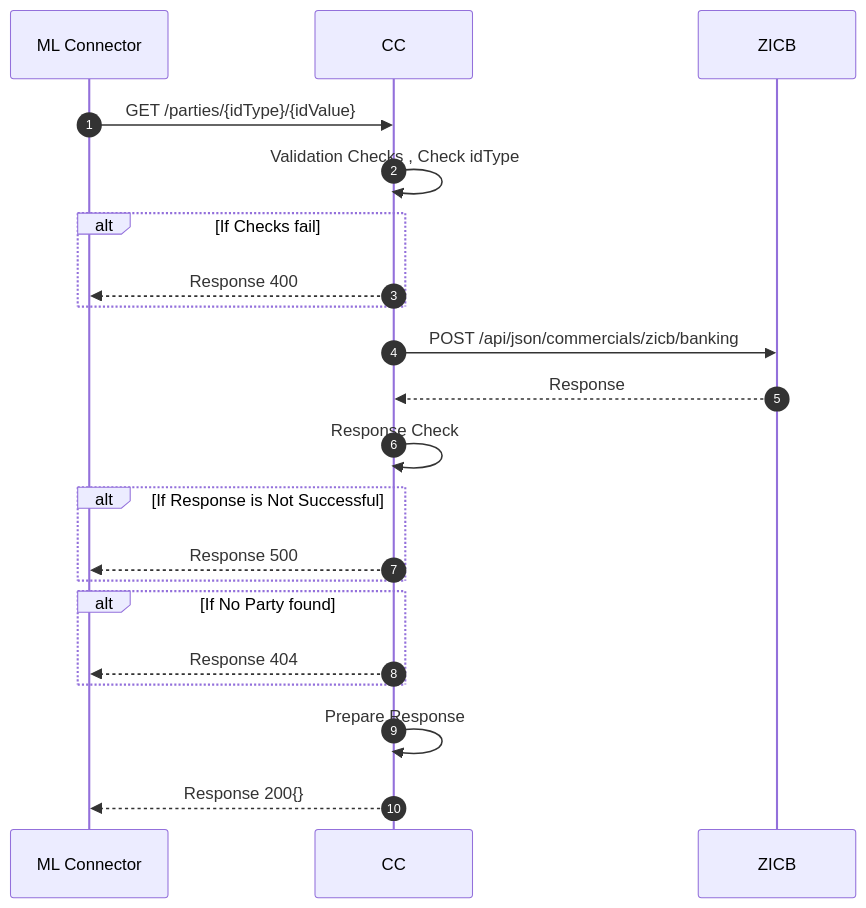
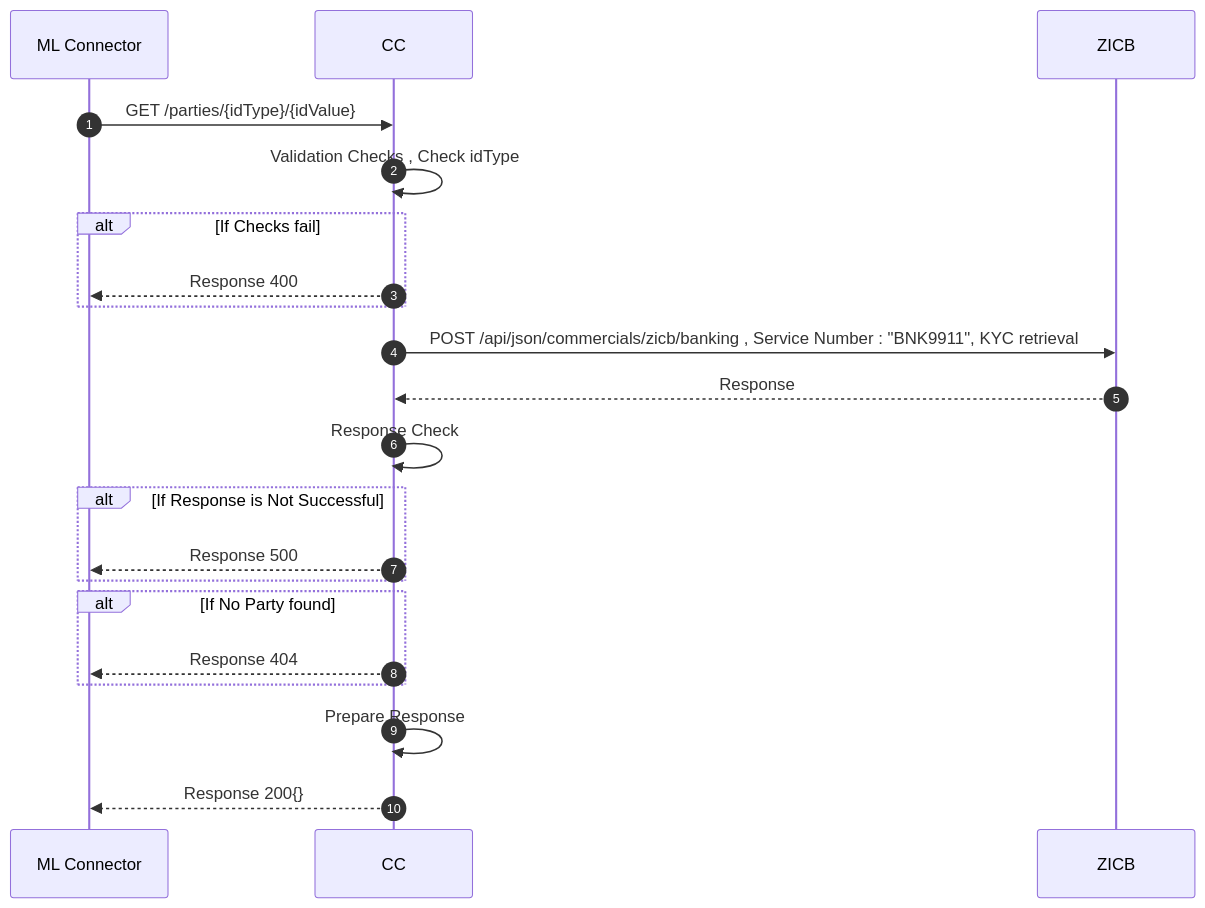
One commit to mojaloop/ml-reference-connectors changed the diagram in zicb-zm-core-connector/docs/payee/payee-get-parties.md. Above: the diagram before and after it, drawn with Mermaid. The commit also changed 19 other files, not shown here.

````diff
--- a/zicb-zm-core-connector/docs/payee/payee-get-parties.md
+++ b/zicb-zm-core-connector/docs/payee/payee-get-parties.md
@@ -4,20 +4,20 @@
 ```mermaid
 sequenceDiagram
   autonumber
   ML Connector->>CC: GET /parties/{idType}/{idValue}
   CC->>CC:Validation Checks , Check idType
   Alt If Checks fail
   CC-->>ML Connector: Response 400
   End
-  CC->>ZICB: POST /api/json/commercials/zicb/banking
+  CC->>ZICB: POST /api/json/commercials/zicb/banking , Service Number : "BNK9911", KYC retrieval
   ZICB-->>CC: Response
   CC->>CC:Response Check
   Alt If Response is Not Successful
   CC-->>ML Connector: Response 500
   End
   Alt If No Party found
   CC-->>ML Connector: Response 404
   End
   CC->>CC: Prepare Response
   CC-->>ML Connector: Response 200{}
 ```
````
